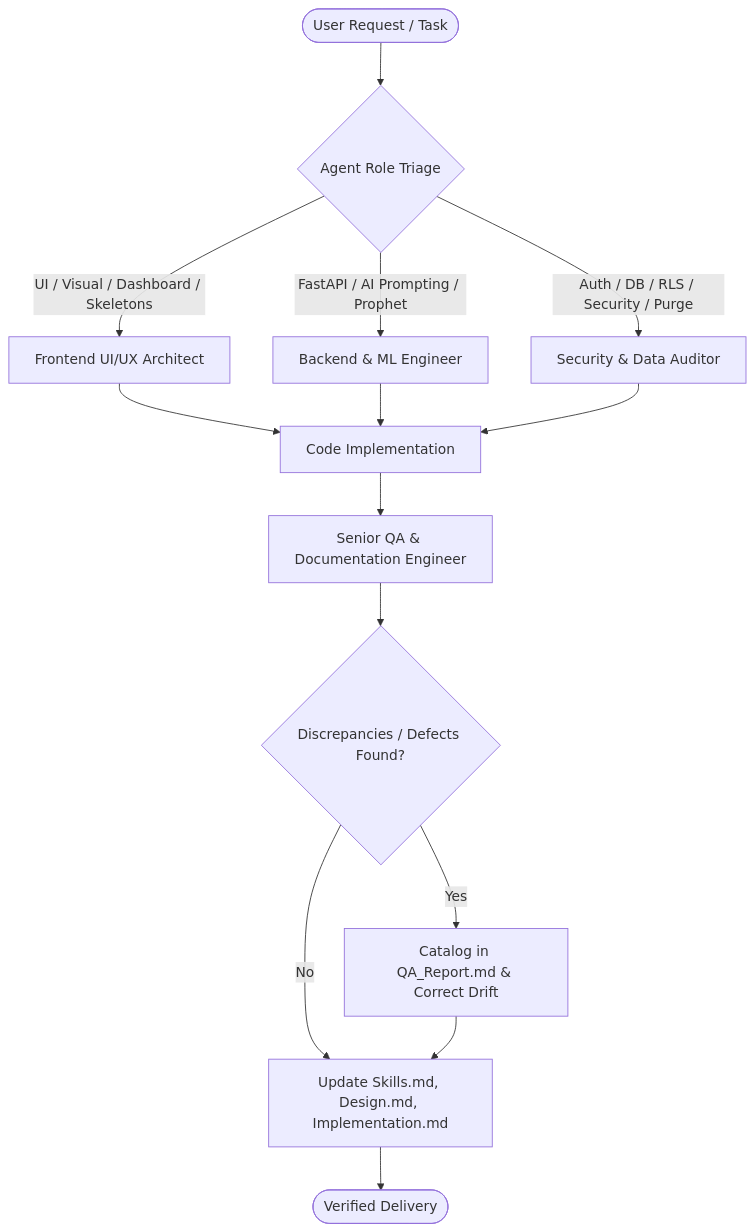
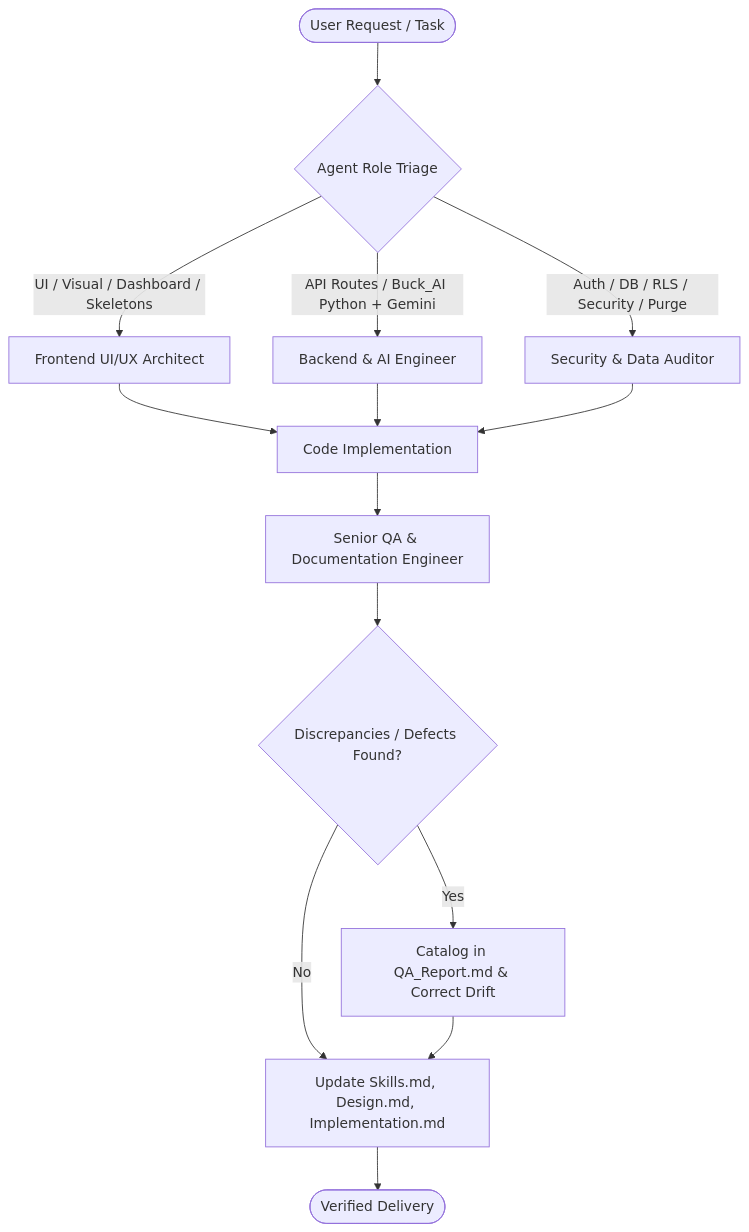
One commit to Scorch879/Buck-Web-Application changed the fourth of 4 diagrams in Claude.md. Above: the diagram before and after it, drawn with Mermaid. The commit also changed other lines of this file and 85 other files, not shown here.

First line of the commit message:
feat(ai): Buck_AI Python service with Gemini AI Financial Advisor

````diff
--- a/Claude.md
+++ b/Claude.md
@@ -453,21 +448,21 @@
 ```mermaid
 flowchart TD
     UserRequest([User Request / Task]) --> Triage{Agent Role Triage}
     
     Triage -->|UI / Visual / Dashboard / Skeletons| FrontendAgent[Frontend UI/UX Architect]
-    Triage -->|FastAPI / AI Prompting / Prophet| BackendAgent[Backend & ML Engineer]
+    Triage -->|API Routes / Buck_AI Python + Gemini| BackendAgent[Backend & AI Engineer]
     Triage -->|Auth / DB / RLS / Security / Purge| SecurityAgent[Security & Data Auditor]
     
     FrontendAgent --> CodeExecution[Code Implementation]
     BackendAgent --> CodeExecution
     SecurityAgent --> CodeExecution
     
     CodeExecution --> QAAgent[Senior QA & Documentation Engineer]
     QAAgent --> AuditCheck{Discrepancies / Defects Found?}
     
     AuditCheck -->|Yes| LogDefect[Catalog in QA_Report.md & Correct Drift]
     AuditCheck -->|No| SyncDocs[Update Skills.md, Design.md, Implementation.md]
     
     LogDefect --> SyncDocs
     SyncDocs --> Complete([Verified Delivery])
 ```
````
